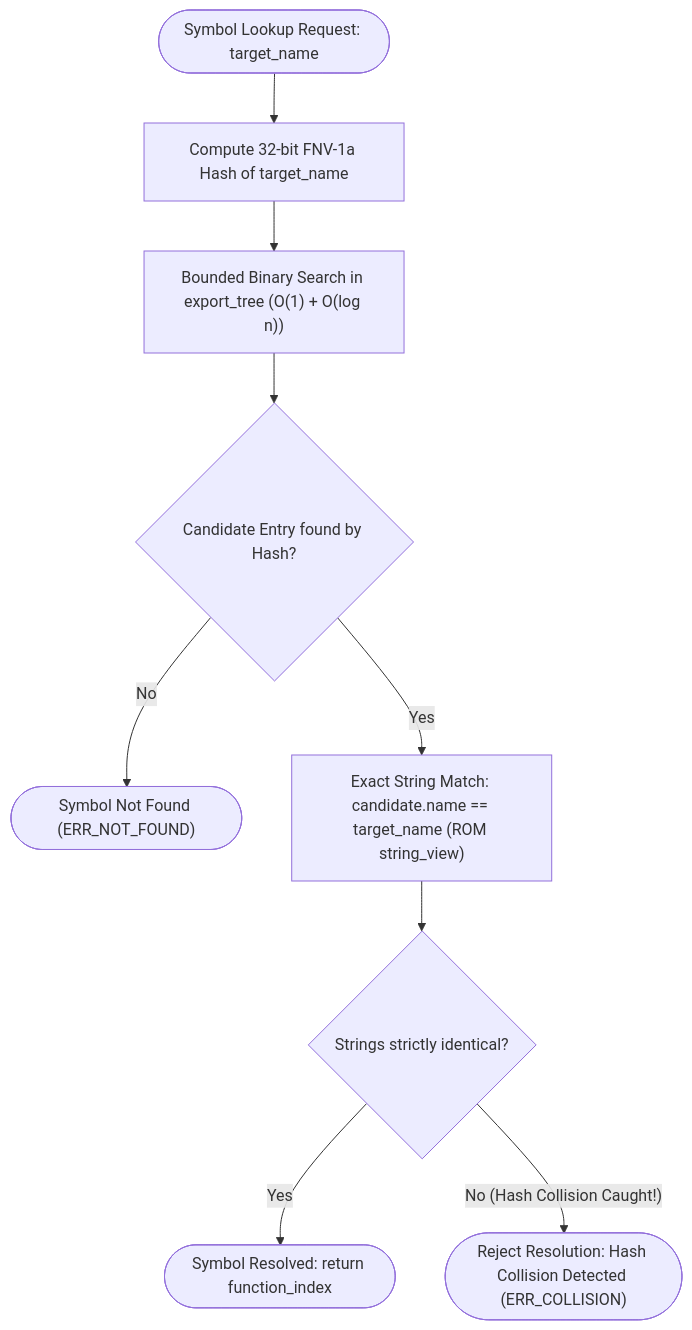
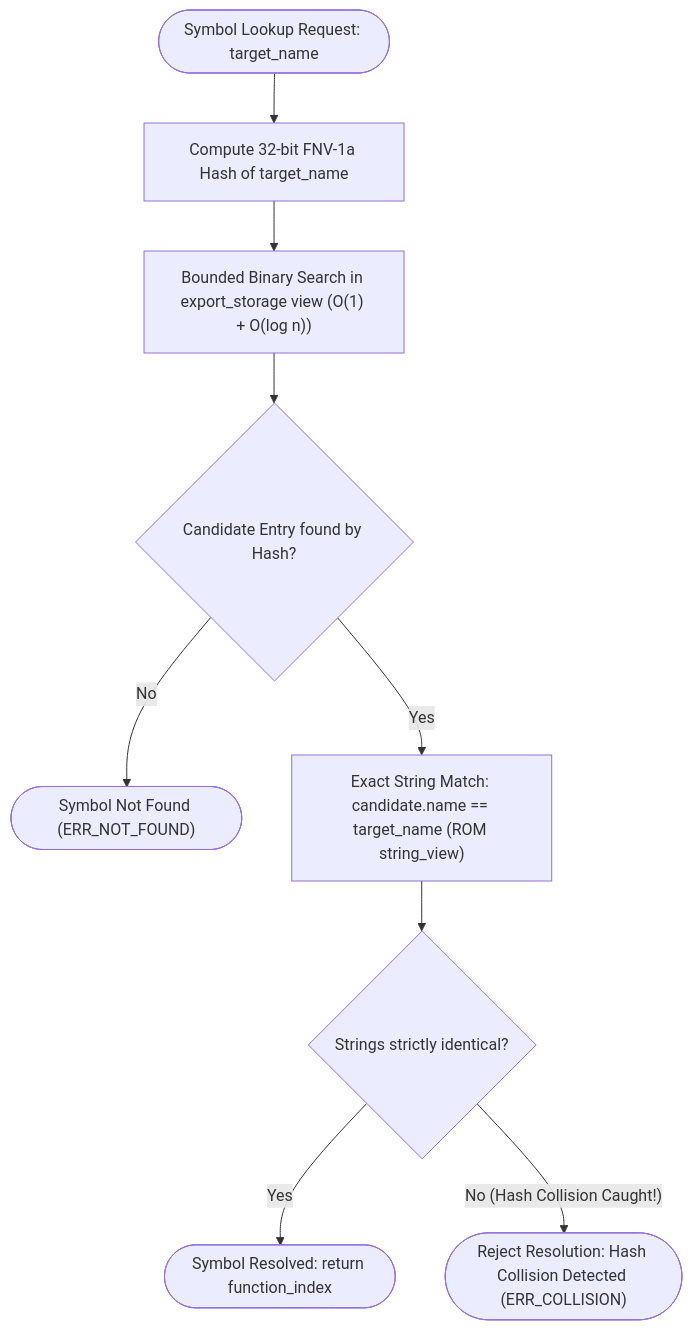
One commit to kmt-t/fireball changed the third of 5 diagrams in docs/components/tier2_runtime/runtime_loader.md. Above: the diagram before and after it, drawn with Mermaid. The commit also changed other lines of this file and 70 other files, not shown here.

````diff
--- a/docs/components/tier2_runtime/runtime_loader.md
+++ b/docs/components/tier2_runtime/runtime_loader.md
@@ -207,13 +207,13 @@
 ```mermaid
 flowchart TD
     Start(["Symbol Lookup Request: target_name"]) --> Hash["Compute 32-bit FNV-1a Hash of target_name"]
-    Hash --> BSearch["Bounded Binary Search in export_tree (O(1) + O(log n))"]
+    Hash --> BSearch["Bounded Binary Search in export_storage view (O(1) + O(log n))"]
     BSearch --> Found{"Candidate Entry found by Hash?"}
 
     Found -- "No" --> NotFound(["Symbol Not Found (ERR_NOT_FOUND)"])
     Found -- "Yes" --> Compare["Exact String Match: candidate.name == target_name (ROM string_view)"]
     Compare --> Match{"Strings strictly identical?"}
 
     Match -- "Yes" --> Resolve(["Symbol Resolved: return function_index"])
     Match -- "No (Hash Collision Caught!)" --> RejectCollision(["Reject Resolution: Hash Collision Detected (ERR_COLLISION)"])
 ```
````
